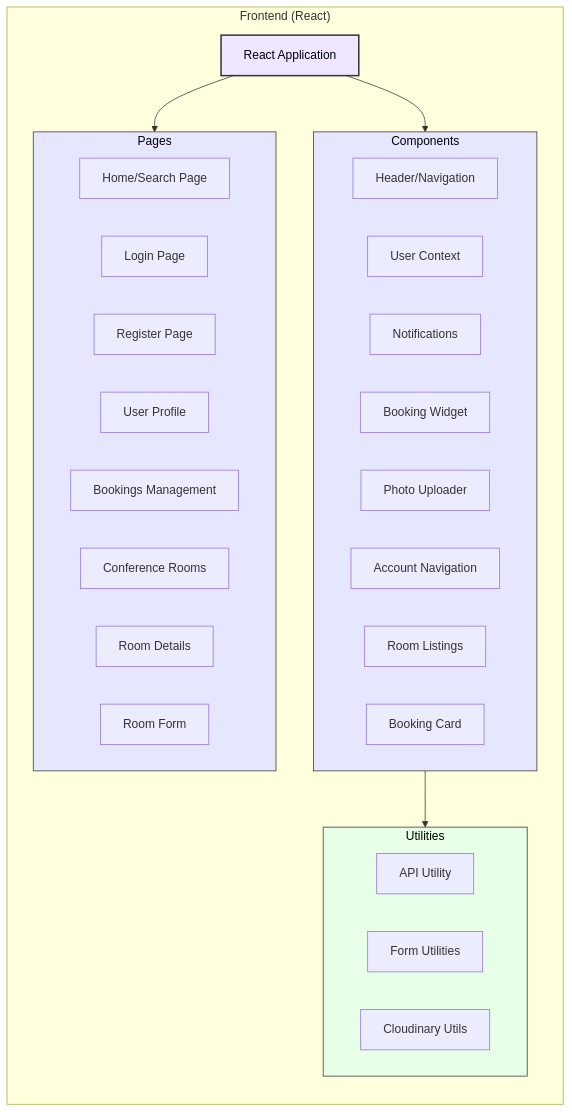
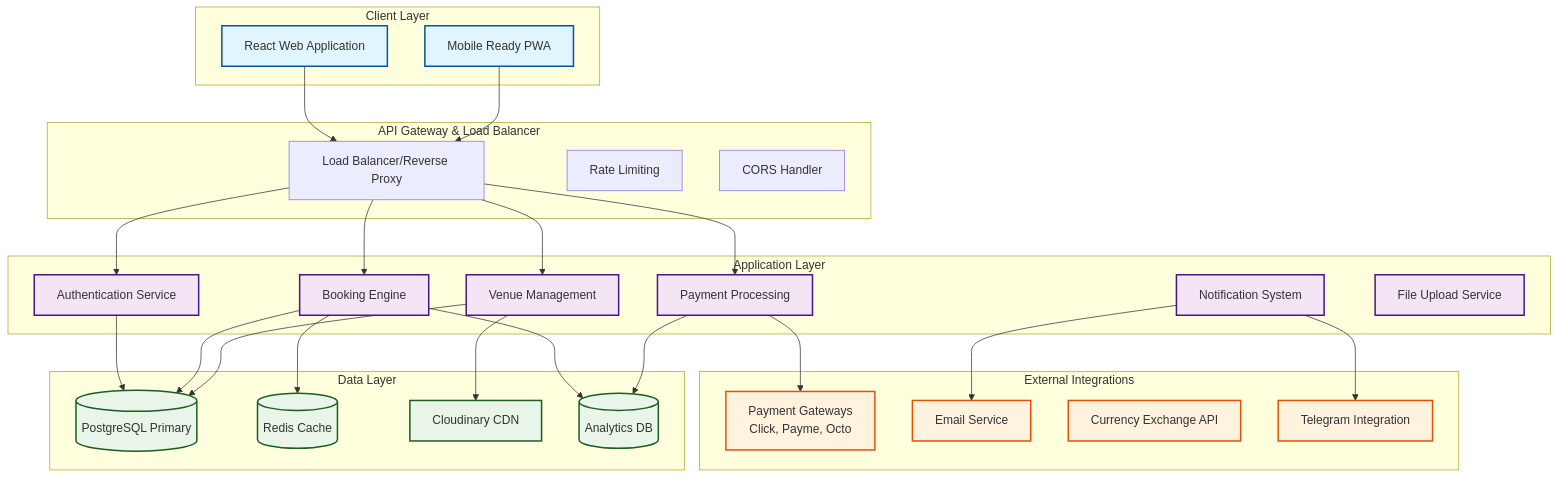
One commit to ConfHubTeam/ConferenceHub changed the first of 9 diagrams in README.md. Above: the diagram before and after it, drawn with Mermaid. The commit also changed other lines of this file and 3 other files, not shown here.

````diff
--- a/README.md
+++ b/README.md
@@ -27,47 +37,65 @@
 ```mermaid
 graph TB
-    subgraph "Frontend (React)"
-        direction TB
-        ReactApp[React Application]
-        
-        subgraph "Pages"
-            IndexPage[Home/Search Page]
-            LoginPage[Login Page]
-            RegisterPage[Register Page]
-            ProfilePage[User Profile]
-            BookingsPage[Bookings Management]
-            PlacesPage[Conference Rooms]
-            PlaceDetailPage[Room Details]
-            PlacesFormPage[Room Form]
-        end
-        
-        subgraph "Components"
-            Header[Header/Navigation]
-            UserContext[User Context]
-            NotificationContext[Notifications]
-            BookingWidget[Booking Widget]
-            PhotoUploader[Photo Uploader]
-            AccountNav[Account Navigation]
-            List[Room Listings]
-            BookingCard[Booking Card]
-        end
-        
-        subgraph "Utilities"
-            ApiUtil[API Utility]
-            FormUtils[Form Utilities]
-            CloudinaryUtil[Cloudinary Utils]
-        end
-        
-        ReactApp --> Pages
-        ReactApp --> Components
-        Components --> Utilities
+    subgraph "Client Layer"
+        WebApp[React Web Application]
+        Mobile[Mobile Ready PWA]
     end
     
-    classDef primary fill:#f0e6ff,stroke:#333,stroke-width:2px,color:#000000;
-    classDef secondary fill:#e6e6ff,stroke:#333,stroke-width:1px,color:#000000;
-    classDef utility fill:#e6ffe6,stroke:#333,stroke-width:1px,color:#000000;
+    subgraph "API Gateway & Load Balancer"
+        LB[Load Balancer/Reverse Proxy]
+        RateLimit[Rate Limiting]
+        CORS[CORS Handler]
+    end
     
-    class ReactApp primary;
-    class Pages,Components secondary;
-    class Utilities utility;
+    subgraph "Application Layer"
+        AuthService[Authentication Service]
+        BookingService[Booking Engine]
+        PlaceService[Venue Management]
+        PaymentService[Payment Processing]
+        NotificationService[Notification System]
+        FileService[File Upload Service]
+    end
+    
+    subgraph "Data Layer"
+        PrimaryDB[(PostgreSQL Primary)]
+        Redis[(Redis Cache)]
+        Cloudinary[Cloudinary CDN]
+        Analytics[(Analytics DB)]
+    end
+    
+    subgraph "External Integrations"
+        PaymentGW[Payment Gateways<br/>Click, Payme, Octo]
+        EmailSMTP[Email Service]
+        CurrencyAPI[Currency Exchange API]
+        TelegramBot[Telegram Integration]
+    end
+    
+    WebApp --> LB
+    Mobile --> LB
+    LB --> AuthService
+    LB --> BookingService
+    LB --> PlaceService
+    LB --> PaymentService
+    
+    AuthService --> PrimaryDB
+    BookingService --> PrimaryDB
+    BookingService --> Redis
+    PlaceService --> PrimaryDB
+    PlaceService --> Cloudinary
+    PaymentService --> PaymentGW
+    NotificationService --> EmailSMTP
+    NotificationService --> TelegramBot
+    
+    BookingService --> Analytics
+    PaymentService --> Analytics
+    
+    classDef clientLayer fill:#e1f5fe,stroke:#01579b,stroke-width:2px
+    classDef serviceLayer fill:#f3e5f5,stroke:#4a148c,stroke-width:2px
+    classDef dataLayer fill:#e8f5e8,stroke:#1b5e20,stroke-width:2px
+    classDef externalLayer fill:#fff3e0,stroke:#e65100,stroke-width:2px
+    
+    class WebApp,Mobile clientLayer
+    class AuthService,BookingService,PlaceService,PaymentService,NotificationService,FileService serviceLayer
+    class PrimaryDB,Redis,Cloudinary,Analytics dataLayer
+    class PaymentGW,EmailSMTP,CurrencyAPI,TelegramBot externalLayer
 ```
````
